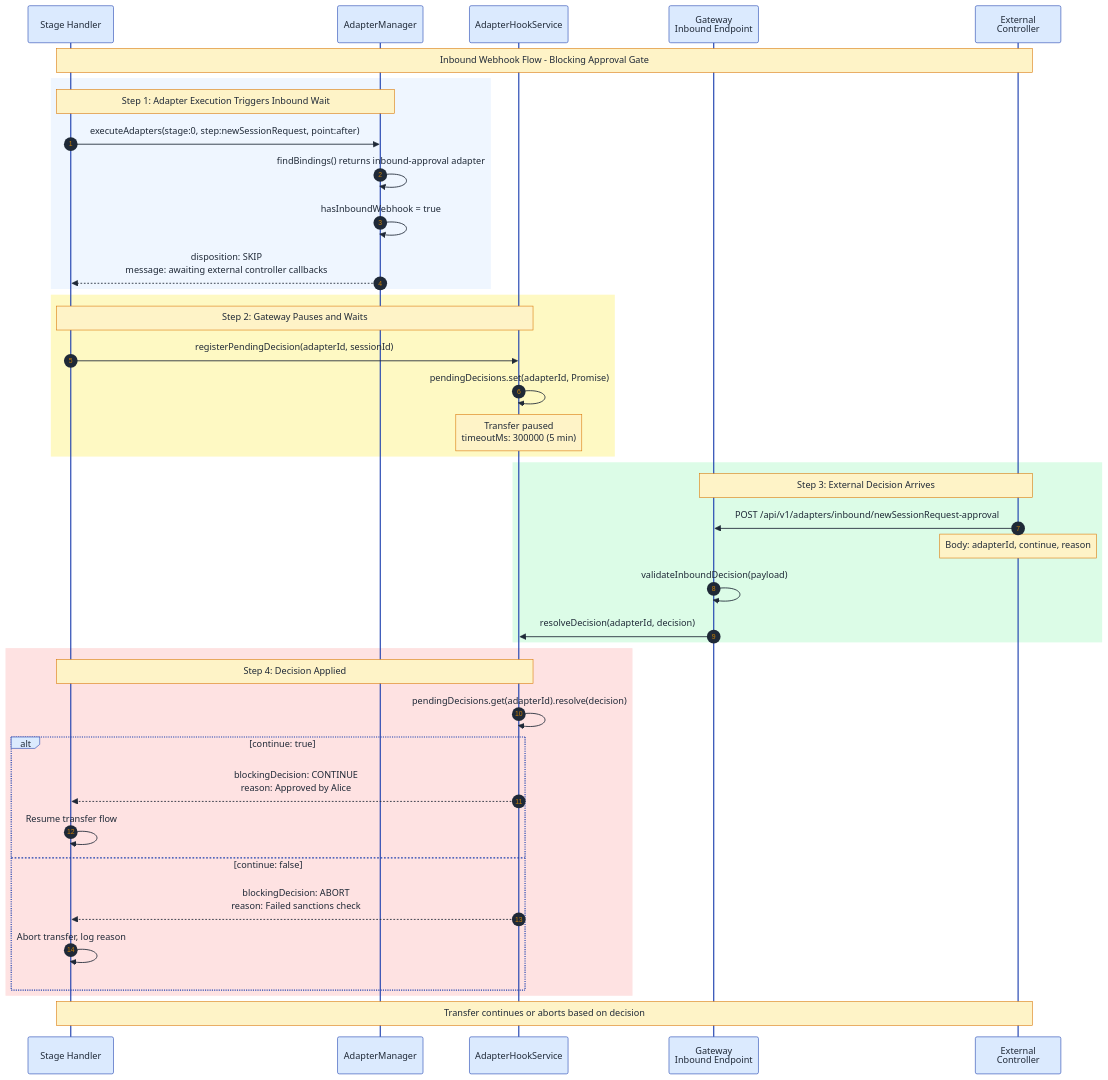
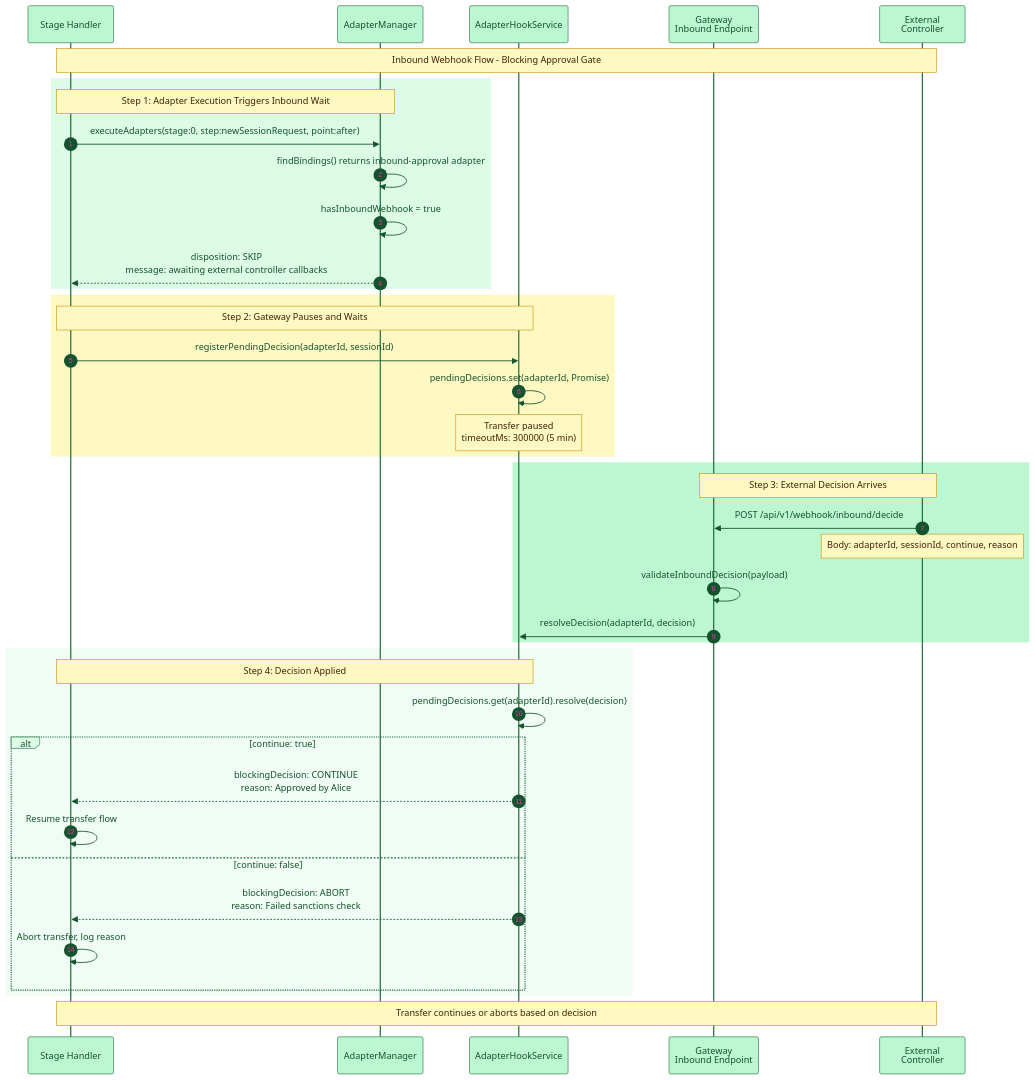
Before and after one commit to RafaelAPB/blockchain-integration-framework: the diagram in packages/cactus-plugin-satp-hermes/docs/diagrams/adapter-inbound-webhook-flow.mmd, drawn with Mermaid. The commit also changed 37 other files, not shown here.

```diff
--- a/packages/cactus-plugin-satp-hermes/docs/diagrams/adapter-inbound-webhook-flow.mmd
+++ b/packages/cactus-plugin-satp-hermes/docs/diagrams/adapter-inbound-webhook-flow.mmd
@@ -1,49 +1,49 @@
-%%{init: {'theme':'base', 'themeVariables': { 'fontSize':'12px', 'fontFamily':'Segoe UI, system-ui, sans-serif', 'primaryColor':'#1e40af','primaryTextColor':'#1f2937','primaryBorderColor':'#1e3a8a','lineColor':'#3b82f6','secondaryColor':'#dbeafe','tertiaryColor':'#eff6ff', 'actorTextColor':'#1f2937', 'actorBkg':'#dbeafe', 'actorBorder':'#1e40af', 'signalColor':'#1f2937', 'signalTextColor':'#1f2937', 'noteBkgColor':'#fef3c7', 'noteTextColor':'#1f2937', 'noteBorderColor':'#d97706'}}}%%
+%%{init: {'theme':'base', 'themeVariables': { 'fontSize':'14px', 'fontFamily':'Segoe UI, system-ui, sans-serif', 'primaryColor':'#86efac','primaryTextColor':'#14532d','primaryBorderColor':'#166534','lineColor':'#22c55e','secondaryColor':'#dcfce7','tertiaryColor':'#f0fdf4', 'actorTextColor':'#14532d', 'actorBkg':'#bbf7d0', 'actorBorder':'#166534', 'signalColor':'#14532d', 'signalTextColor':'#14532d', 'noteBkgColor':'#fef9c3', 'noteTextColor':'#422006', 'noteBorderColor':'#ca8a04', 'labelBoxBkgColor':'#dcfce7', 'labelTextColor':'#14532d'}}}%%
 
 sequenceDiagram
     autonumber
     participant SH as Stage Handler
     participant AM as AdapterManager
     participant AH as AdapterHookService
     participant GW as Gateway<br/>Inbound Endpoint
     participant EC as External<br/>Controller
 
     Note over SH,EC: Inbound Webhook Flow - Blocking Approval Gate
 
-    rect rgb(239, 246, 255)
+    rect rgb(220, 252, 231)
         Note over SH,AM: Step 1: Adapter Execution Triggers Inbound Wait
         SH->>AM: executeAdapters(stage:0, step:newSessionRequest, point:after)
         AM->>AM: findBindings() returns inbound-approval adapter
         AM->>AM: hasInboundWebhook = true
         AM-->>SH: disposition: SKIP<br/>message: awaiting external controller callbacks
     end
 
     rect rgb(254, 249, 195)
         Note over SH,AH: Step 2: Gateway Pauses and Waits
         SH->>AH: registerPendingDecision(adapterId, sessionId)
         AH->>AH: pendingDecisions.set(adapterId, Promise)
         Note over AH: Transfer paused<br/>timeoutMs: 300000 (5 min)
     end
 
-    rect rgb(220, 252, 231)
+    rect rgb(187, 247, 208)
         Note over GW,EC: Step 3: External Decision Arrives
-        EC->>GW: POST /api/v1/adapters/inbound/newSessionRequest-approval
-        Note over EC: Body: adapterId, continue, reason
+        EC->>GW: POST /api/v1/webhook/inbound/decide
+        Note over EC: Body: adapterId, sessionId, continue, reason
         GW->>GW: validateInboundDecision(payload)
         GW->>AH: resolveDecision(adapterId, decision)
     end
 
-    rect rgb(254, 226, 226)
+    rect rgb(240, 253, 244)
         Note over AH,SH: Step 4: Decision Applied
         AH->>AH: pendingDecisions.get(adapterId).resolve(decision)
         
         alt continue: true
             AH-->>SH: blockingDecision: CONTINUE<br/>reason: Approved by Alice
             SH->>SH: Resume transfer flow
         else continue: false
             AH-->>SH: blockingDecision: ABORT<br/>reason: Failed sanctions check
             SH->>SH: Abort transfer, log reason
         end
     end
 
     Note over SH,EC: Transfer continues or aborts based on decision
```
